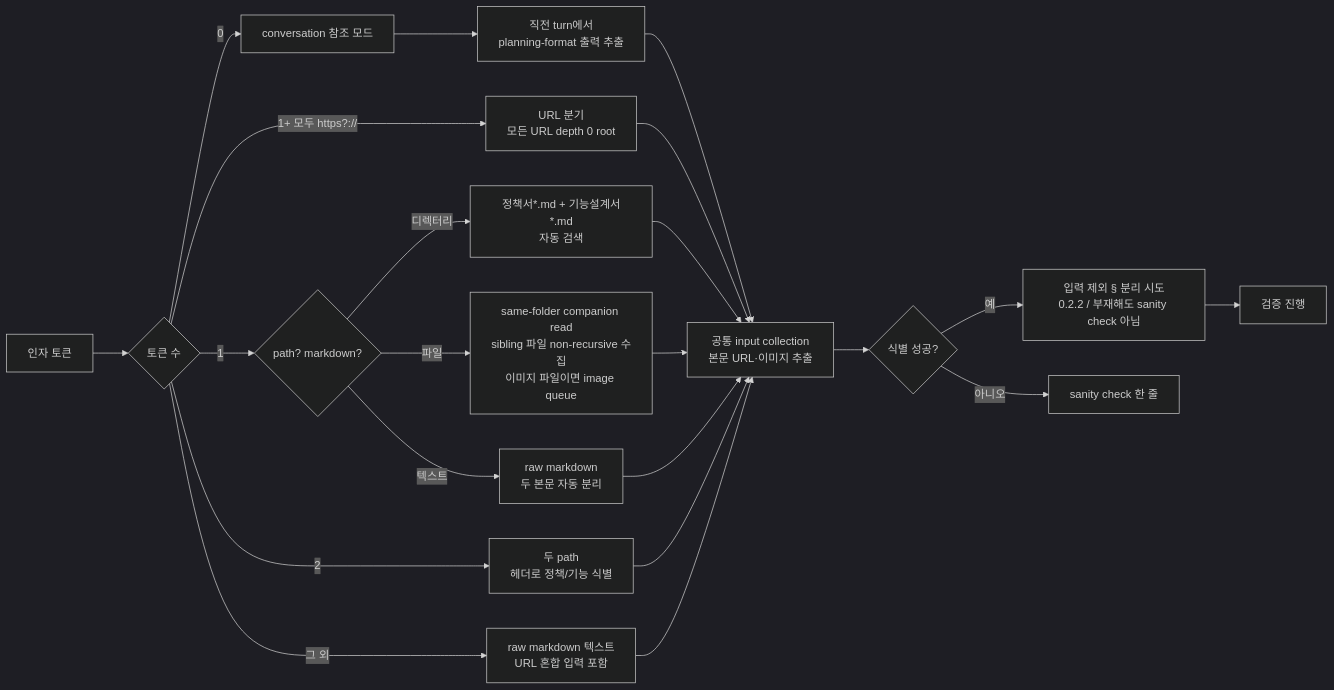
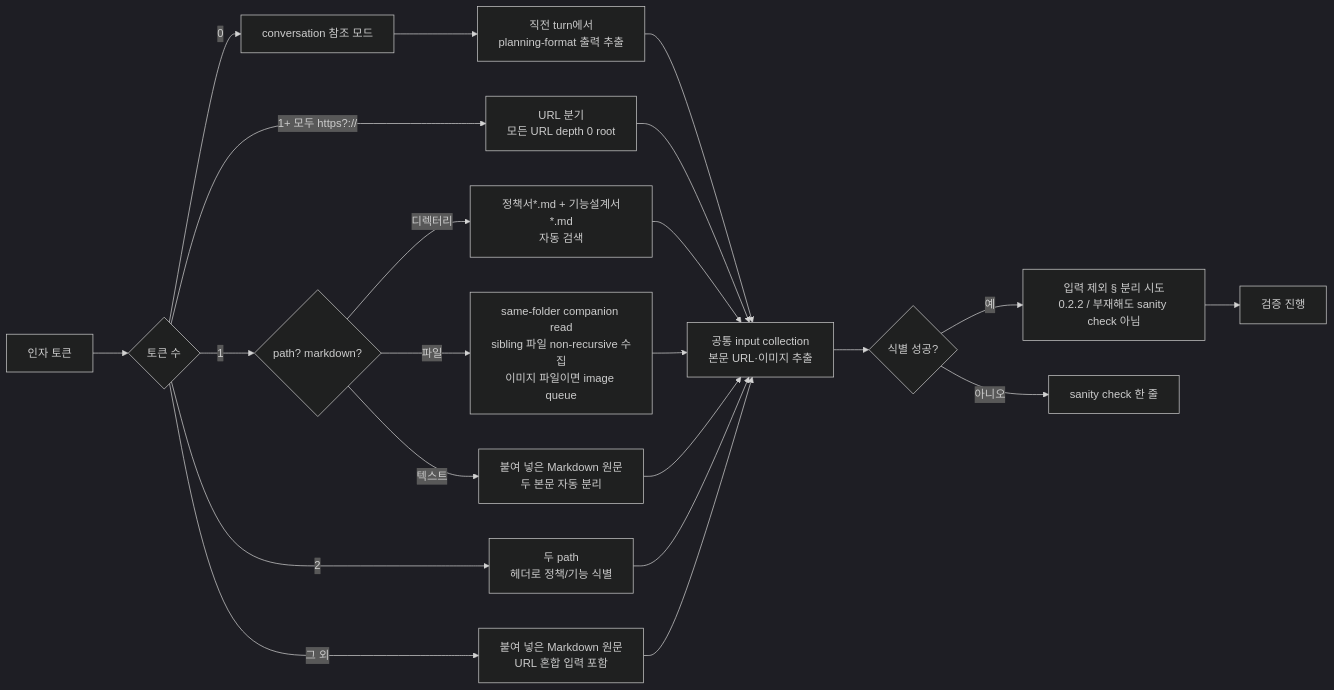
One commit to inkwonjung-colosseum/plugins changed the second of 8 diagrams in planning-kit/docs/planning-review-workflow.md. Above: the diagram before and after it, drawn with Mermaid (dark theme). The commit also changed other lines of this file and 19 other files, not shown here.

````diff
--- a/planning-kit/docs/planning-review-workflow.md
+++ b/planning-kit/docs/planning-review-workflow.md
@@ -51,26 +51,26 @@
 ```mermaid
 flowchart LR
   IN[인자 토큰] --> N{토큰 수}
   N -->|0| CV[conversation 참조 모드]
   N -->|1+ 모두 https?://| URL[URL 분기<br/>모든 URL depth 0 root]
   N -->|1| ONE{path? markdown?}
   N -->|2| TWO[두 path<br/>헤더로 정책/기능 식별]
-  N -->|그 외| TXT2[raw markdown 텍스트<br/>URL 혼합 입력 포함]
+  N -->|그 외| TXT2[붙여 넣은 Markdown 원문<br/>URL 혼합 입력 포함]
 
   ONE -->|디렉터리| DIR[정책서*.md + 기능설계서*.md<br/>자동 검색]
   ONE -->|파일| FILE[same-folder companion read<br/>sibling 파일 non-recursive 수집<br/>이미지 파일이면 image queue]
-  ONE -->|텍스트| TXT[raw markdown<br/>두 본문 자동 분리]
+  ONE -->|텍스트| TXT[붙여 넣은 Markdown 원문<br/>두 본문 자동 분리]
 
   CV --> CHK[직전 turn에서<br/>planning-format 출력 추출]
   CHK --> IC[공통 input collection<br/>본문 URL·이미지 추출]
   URL --> IC
   DIR --> IC
   FILE --> IC
   TXT --> IC
   TWO --> IC
   TXT2 --> IC
   IC --> EX{식별 성공?}
   EX -->|예| EXC[입력 제외 § 분리 시도<br/>0.2.2 / 부재해도 sanity check 아님]
   EXC --> OK[검증 진행]
   EX -->|아니오| SK[sanity check 한 줄]
 ```
````
